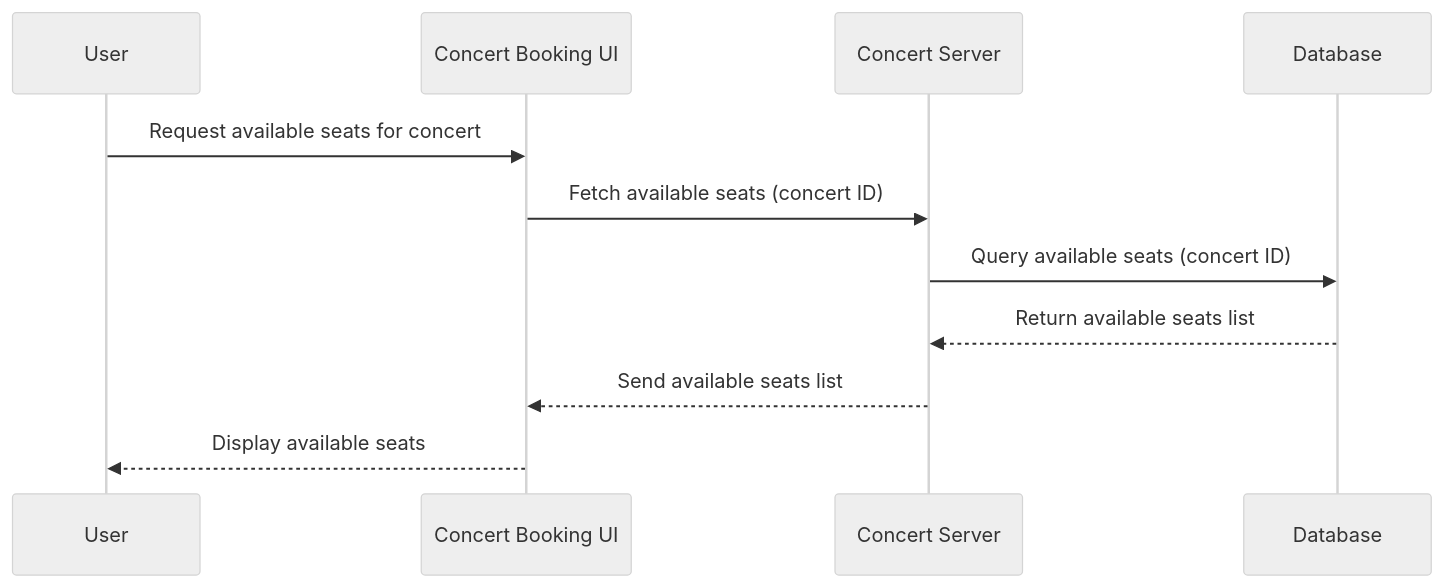
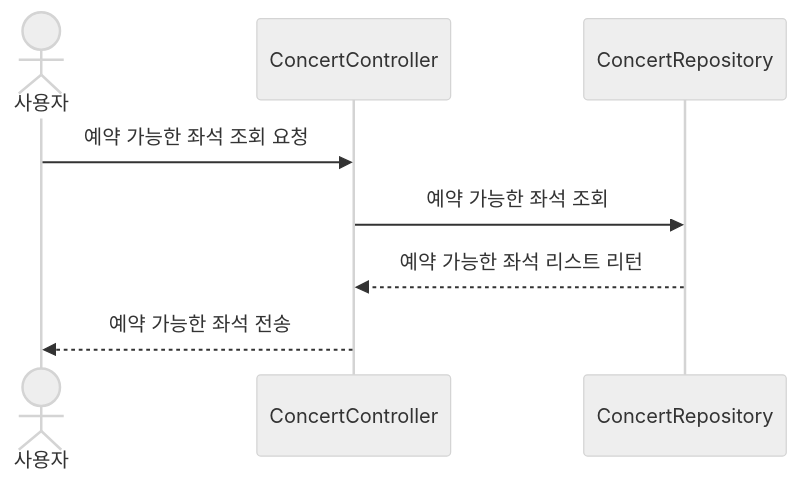
One commit to danykim57/concert changed the third of 6 diagrams in README.md. Above: the diagram before and after it, drawn with Mermaid (neutral theme). The commit also changed other lines of this file, not shown here.

````diff
--- a/README.md
+++ b/README.md
@@ -111,14 +109,11 @@
 ```mermaid
 sequenceDiagram
-    participant User as User
-    participant UI as Concert Booking UI
-    participant Server as Concert Server
-    participant DB as Database
+    actor User as 사용자
+    participant Server as ConcertController
+    participant DB as ConcertRepository
 
-    User->>UI: Request available seats for concert
-    UI->>Server: Fetch available seats (concert ID)
-    Server->>DB: Query available seats (concert ID)
-    DB-->>Server: Return available seats list
-    Server-->>UI: Send available seats list
-    UI-->>User: Display available seats
+    User->>Server: 예약 가능한 좌석 조회 요청
+    Server->>DB: 예약 가능한 좌석 조회
+    DB-->>Server: 예약 가능한 좌석 리스트 리턴
+    Server-->>User: 예약 가능한 좌석 전송
 ```
````
